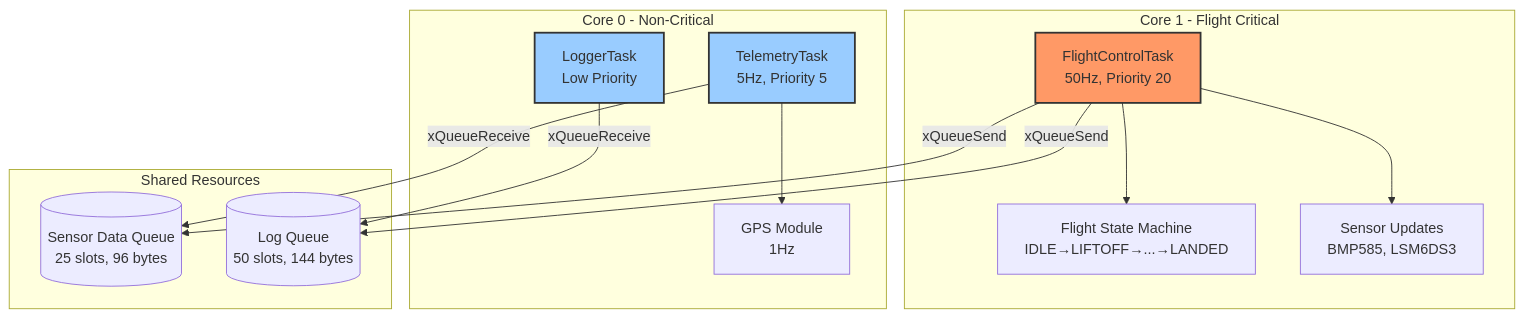
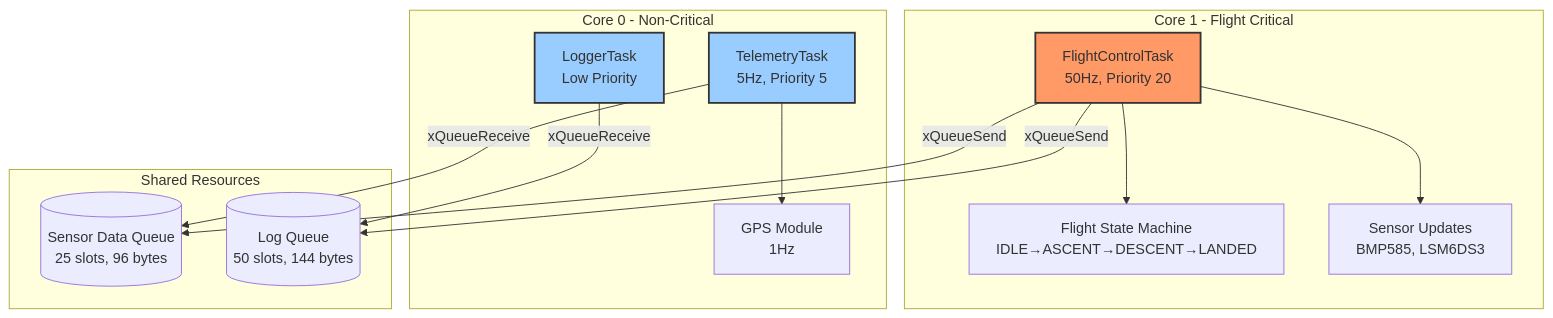
The diagram in docs/software.md (1barizon/flight-computer), drawn with Mermaid before and after one commit. The commit also changed other lines of this file and 12 other files, not shown here.

````diff
--- a/docs/software.md
+++ b/docs/software.md
@@ -22,34 +23,34 @@
 ```mermaid
 graph TB
     subgraph "Core 1 - Flight Critical"
         FC[FlightControlTask<br/>50Hz, Priority 20]
-        FSM[Flight State Machine<br/>IDLE→LIFTOFF→...→LANDED]
+        FSM[Flight State Machine<br/>IDLE→ASCENT→DESCENT→LANDED]
         SENS[Sensor Updates<br/>BMP585, LSM6DS3]
-        
+
         FC --> FSM
         FC --> SENS
     end
     
     subgraph "Core 0 - Non-Critical"
         TEL[TelemetryTask<br/>5Hz, Priority 5]
         LOG[LoggerTask<br/>Low Priority]
         GPS[GPS Module<br/>1Hz]
         
         TEL --> GPS
     end
     
     subgraph "Shared Resources"
         QUEUE[(Sensor Data Queue<br/>25 slots, 96 bytes)]
         LOGQUEUE[(Log Queue<br/>50 slots, 144 bytes)]
     end
     
     FC -->|xQueueSend| QUEUE
     TEL -->|xQueueReceive| QUEUE
     
     FC -->|xQueueSend| LOGQUEUE
     LOG -->|xQueueReceive| LOGQUEUE
     
     style FC fill:#f96,stroke:#333,stroke-width:2px
     style TEL fill:#9cf,stroke:#333,stroke-width:2px
     style LOG fill:#9cf,stroke:#333,stroke-width:2px
 ```
````
